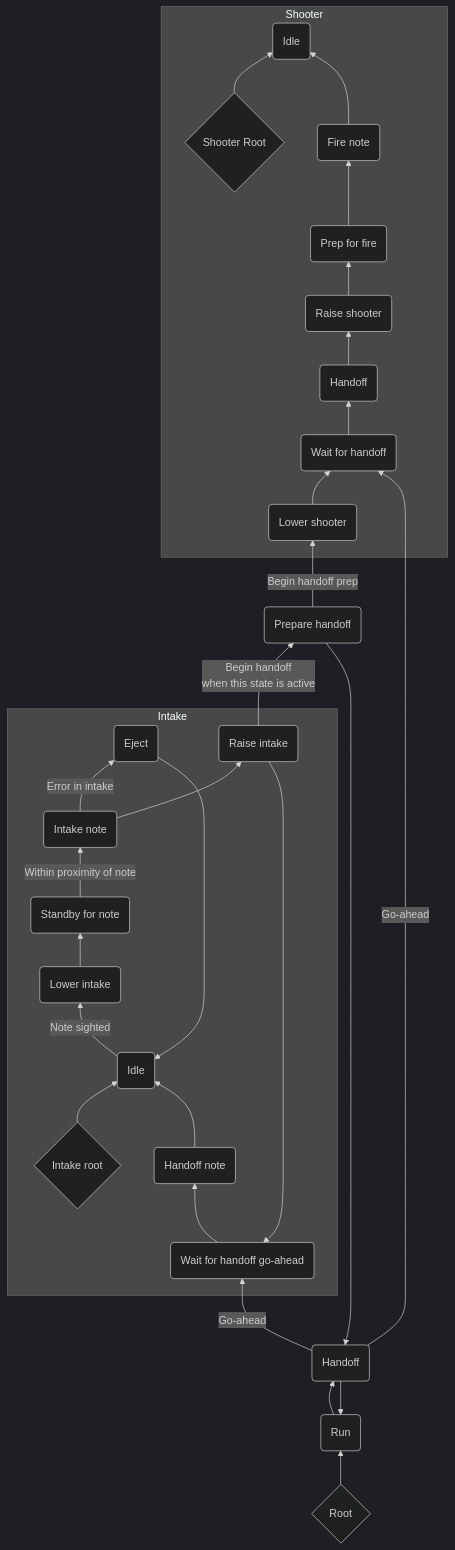
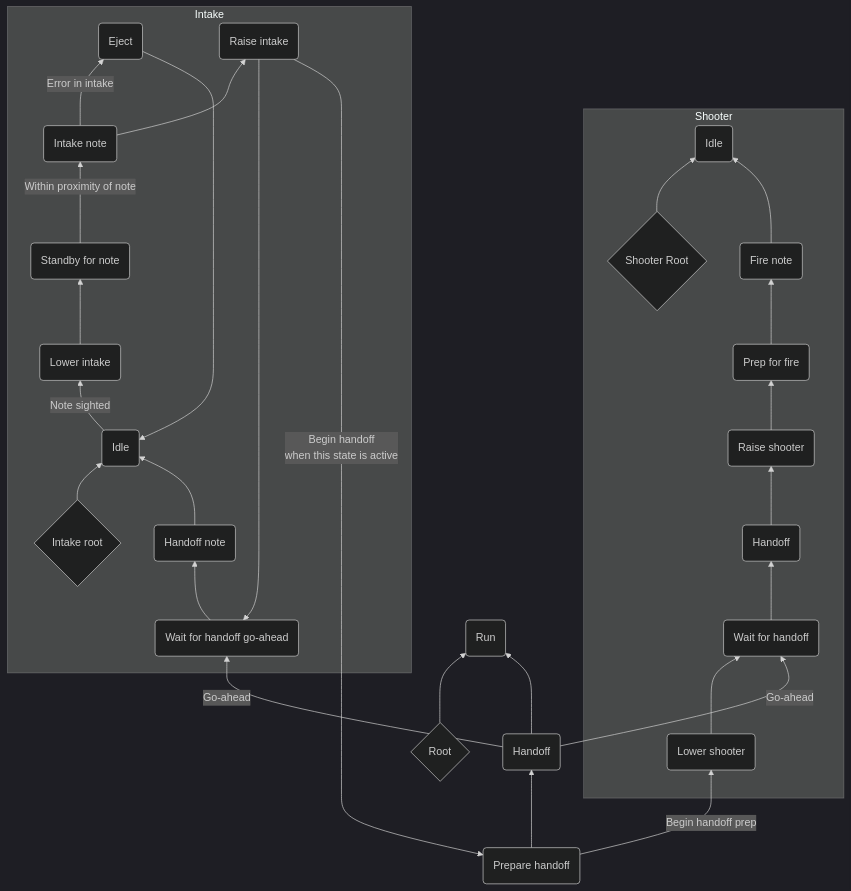
Before and after one commit to Raptacon/Robot-2024: the diagram in stateMachines/testIntakeDiagram.md, drawn with Mermaid (dark theme). The commit also changed 6 other files, not shown here.

````diff
--- a/stateMachines/testIntakeDiagram.md
+++ b/stateMachines/testIntakeDiagram.md
@@ -1,61 +1,60 @@
 ```mermaid
 flowchart BT
     mRoot{Root}
     mRun(Run)
     mPrepHandoff(Prepare handoff)
     mHandoff(Handoff)
 
     mRoot-->mRun
-    mRun-->mHandoff
     mHandoff-->mRun
 
     subgraph Shooter
         sRoot{Shooter Root}
         sIdle(Idle)
         sLower(Lower shooter)
         sWaitForHandoff(Wait for handoff)
         sHandoff(Handoff)
         sRaise(Raise shooter)
         sPrep(Prep for fire)
         sFire(Fire note)
 
         sRoot-->sIdle
         sLower-->sWaitForHandoff
         sWaitForHandoff-->sHandoff
         sHandoff-->sRaise
         sRaise-->sPrep
         sPrep-->sFire
         sFire-->sIdle
     end
 
     subgraph Intake
         iRoot{Intake root}
         iIdle(Idle)
         iLower(Lower intake)
         iStandby(Standby for note)
         iIntake(Intake note)
         iEject(Eject)
         iRaise(Raise intake)
         iWaitForHandoff(Wait for handoff go-ahead)
         iHandoff(Handoff note)
 
         iRoot-->iIdle
         iIdle-->|Note sighted|iLower
         iLower-->iStandby
         iStandby-->|Within proximity of note|iIntake
         iIntake-->|Error in intake|iEject-->iIdle
         iIntake-->iRaise
 
         iRaise-->iWaitForHandoff
         iWaitForHandoff-->iHandoff
         iHandoff-->iIdle
     end
 
     iRaise-->|Begin handoff 
     when this state is active|mPrepHandoff
     mPrepHandoff-->mHandoff
     mHandoff-->|Go-ahead|iWaitForHandoff
 
     mPrepHandoff-->|Begin handoff prep|sLower
     mHandoff-->|Go-ahead|sWaitForHandoff
 ```
````
